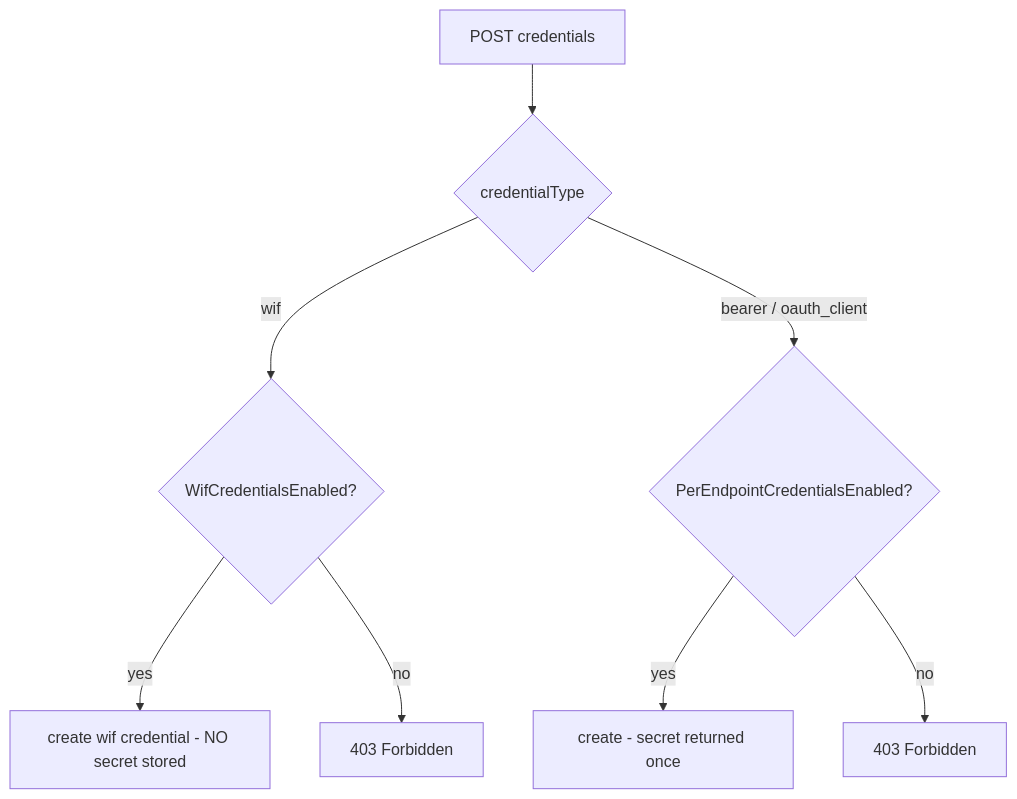
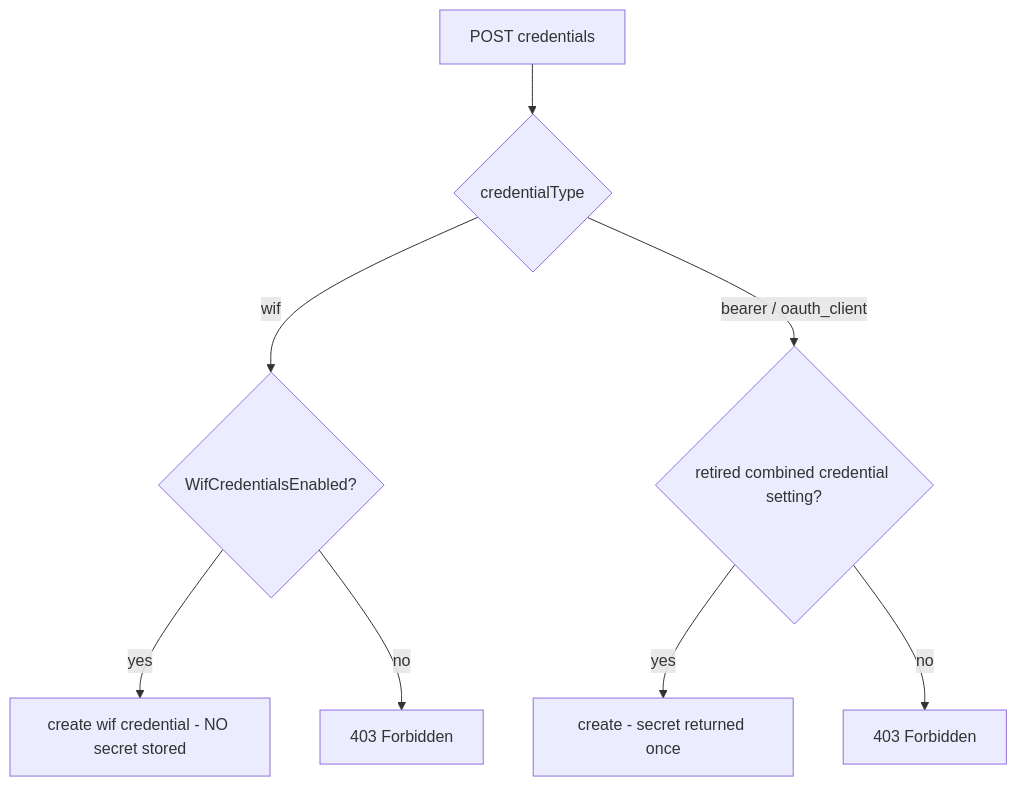
The diagram in docs/auth/AUTHENTICATION_METHODS_ADMIN_API.md (pranems/SCIMServer), drawn with Mermaid before and after one commit. The commit also changed other lines of this file and 113 other files, not shown here.

Commit message:
feat: retire combined endpoint credential setting

````diff
--- a/docs/auth/AUTHENTICATION_METHODS_ADMIN_API.md
+++ b/docs/auth/AUTHENTICATION_METHODS_ADMIN_API.md
@@ -37,10 +37,10 @@
 ```mermaid
 flowchart TD
     A[POST credentials] --> T{credentialType}
     T -->|wif| W{WifCredentialsEnabled?}
     W -->|yes| WOK[create wif credential - NO secret stored]
     W -->|no| F403a[403 Forbidden]
-    T -->|bearer / oauth_client| P{PerEndpointCredentialsEnabled?}
+    T -->|bearer / oauth_client| P{retired combined credential setting?}
     P -->|yes| POK[create - secret returned once]
     P -->|no| F403b[403 Forbidden]
 ```
````
